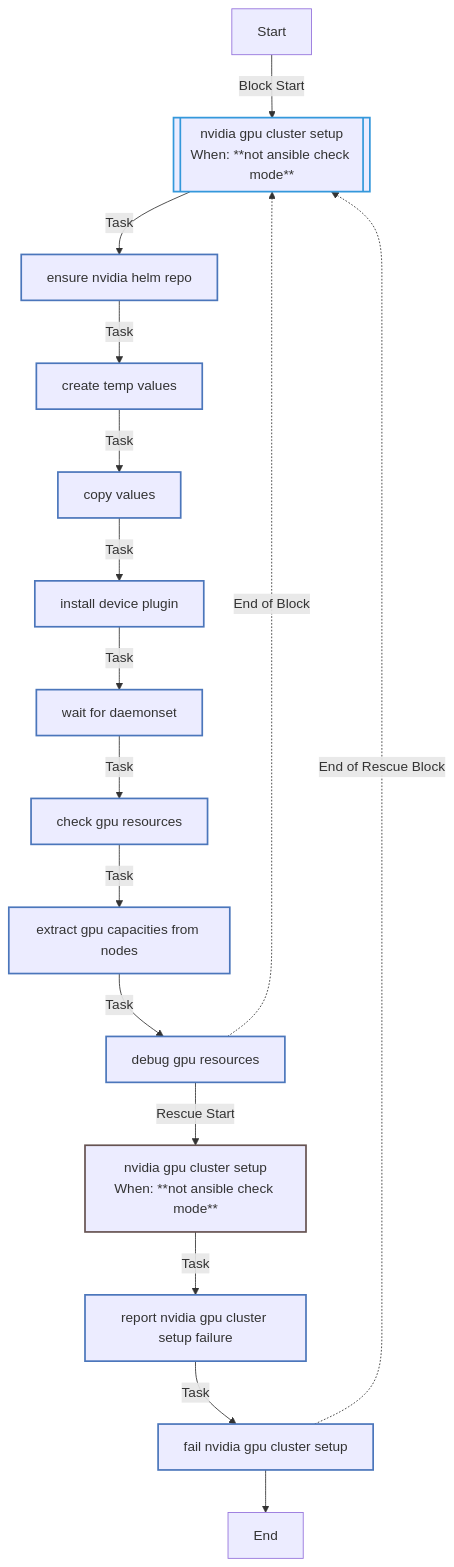
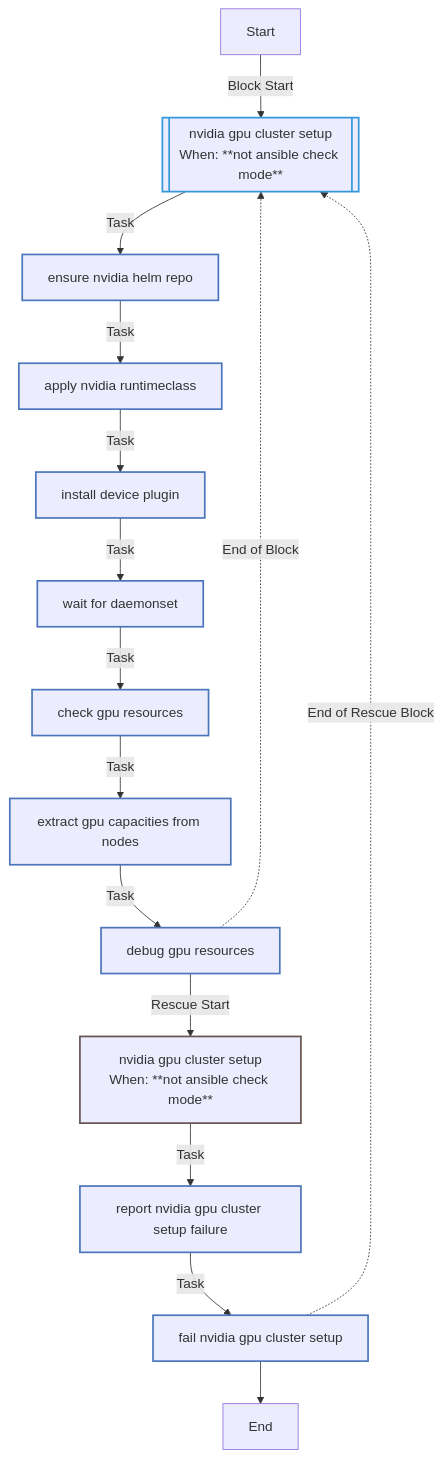
Before and after one commit to rou-cru/k3s-homelab: the first of 3 diagrams in roles/nvidia_gpu/README.md, drawn with Mermaid. The commit also changed other lines of this file and 42 other files, not shown here.

Commit message:
feat(runtime): update k3s containerd gvisor and nvidia stack

````diff
--- a/roles/nvidia_gpu/README.md
+++ b/roles/nvidia_gpu/README.md
@@ -226,28 +230,27 @@
 ```mermaid
 flowchart TD
 Start
 classDef block stroke:#3498db,stroke-width:2px;
 classDef task stroke:#4b76bb,stroke-width:2px;
 classDef includeTasks stroke:#16a085,stroke-width:2px;
 classDef importTasks stroke:#34495e,stroke-width:2px;
 classDef includeRole stroke:#2980b9,stroke-width:2px;
 classDef importRole stroke:#699ba7,stroke-width:2px;
 classDef includeVars stroke:#8e44ad,stroke-width:2px;
 classDef rescue stroke:#665352,stroke-width:2px;
 
   Start-->|Block Start| NVIDIA_GPU_cluster_setup0_block_start_0[[nvidia gpu cluster setup<br>When: **not ansible check mode**]]:::block
   NVIDIA_GPU_cluster_setup0_block_start_0-->|Task| Ensure_NVIDIA_Helm_repo0[ensure nvidia helm repo]:::task
-  Ensure_NVIDIA_Helm_repo0-->|Task| Create_temp_values1[create temp values]:::task
-  Create_temp_values1-->|Task| Copy_values2[copy values]:::task
-  Copy_values2-->|Task| Install_device_plugin3[install device plugin]:::task
-  Install_device_plugin3-->|Task| Wait_for_daemonset4[wait for daemonset]:::task
-  Wait_for_daemonset4-->|Task| Check_GPU_resources5[check gpu resources]:::task
-  Check_GPU_resources5-->|Task| Extract_GPU_capacities_from_nodes6[extract gpu capacities from nodes]:::task
-  Extract_GPU_capacities_from_nodes6-->|Task| Debug_GPU_resources7[debug gpu resources]:::task
-  Debug_GPU_resources7-.->|End of Block| NVIDIA_GPU_cluster_setup0_block_start_0
-  Debug_GPU_resources7-->|Rescue Start| NVIDIA_GPU_cluster_setup0_rescue_start_0[nvidia gpu cluster setup<br>When: **not ansible check mode**]:::rescue
+  Ensure_NVIDIA_Helm_repo0-->|Task| Apply_NVIDIA_RuntimeClass1[apply nvidia runtimeclass]:::task
+  Apply_NVIDIA_RuntimeClass1-->|Task| Install_device_plugin2[install device plugin]:::task
+  Install_device_plugin2-->|Task| Wait_for_daemonset3[wait for daemonset]:::task
+  Wait_for_daemonset3-->|Task| Check_GPU_resources4[check gpu resources]:::task
+  Check_GPU_resources4-->|Task| Extract_GPU_capacities_from_nodes5[extract gpu capacities from nodes]:::task
+  Extract_GPU_capacities_from_nodes5-->|Task| Debug_GPU_resources6[debug gpu resources]:::task
+  Debug_GPU_resources6-.->|End of Block| NVIDIA_GPU_cluster_setup0_block_start_0
+  Debug_GPU_resources6-->|Rescue Start| NVIDIA_GPU_cluster_setup0_rescue_start_0[nvidia gpu cluster setup<br>When: **not ansible check mode**]:::rescue
   NVIDIA_GPU_cluster_setup0_rescue_start_0-->|Task| Report_NVIDIA_GPU_cluster_setup_failure0[report nvidia gpu cluster setup failure]:::task
   Report_NVIDIA_GPU_cluster_setup_failure0-->|Task| Fail_NVIDIA_GPU_cluster_setup1[fail nvidia gpu cluster setup]:::task
   Fail_NVIDIA_GPU_cluster_setup1-.->|End of Rescue Block| NVIDIA_GPU_cluster_setup0_block_start_0
   Fail_NVIDIA_GPU_cluster_setup1-->End
 ```
````
